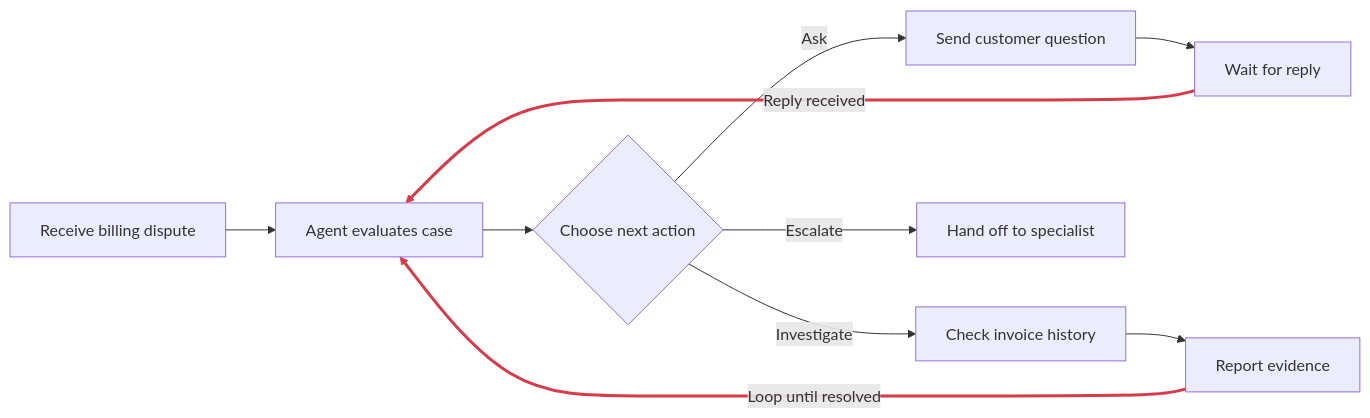
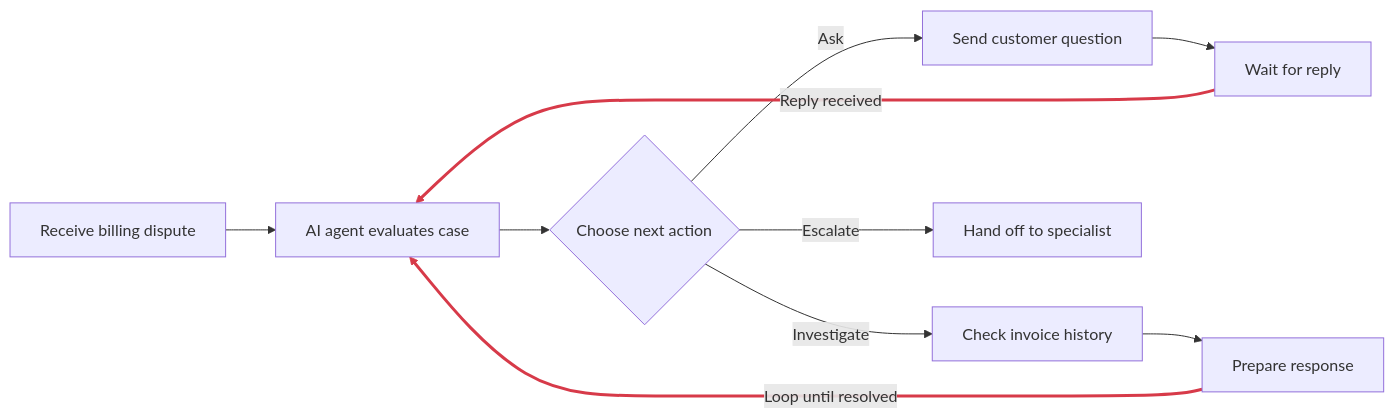
Before and after one commit to hatchet-dev/hatchet: the first of 2 diagrams in frontend/docs/pages/v1/durable-tasks-vs-dags.mdx, drawn with Mermaid.

Commit message:
docs(guide): Made it clear that the billing agent is agentic

````diff
--- a/frontend/docs/pages/v1/durable-tasks-vs-dags.mdx
+++ b/frontend/docs/pages/v1/durable-tasks-vs-dags.mdx
@@ -15,15 +15,15 @@
 ```mermaid
 flowchart LR
-    A[Receive billing dispute] --> B[Agent evaluates case]
+    A[Receive billing dispute] --> B[AI agent evaluates case]
     B --> C{Choose next action}
     C -->|Ask| D[Send customer question]
     C -->|Investigate| E[Check invoice history]
     C -->|Escalate| F[Hand off to specialist]
     D --> G[Wait for reply]
-    E --> H[Report evidence]
+    E --> H[Prepare response]
     G -->|Reply received| B
     H -->|Loop until resolved| B
 
     linkStyle 7 stroke:#d73a49,stroke-width:3px
     linkStyle 8 stroke:#d73a49,stroke-width:3px
 ```
````
